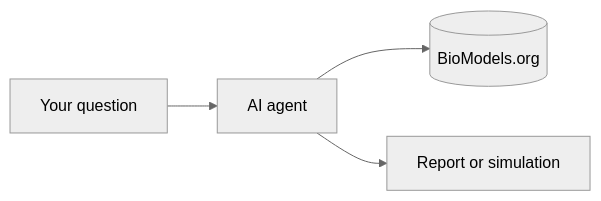
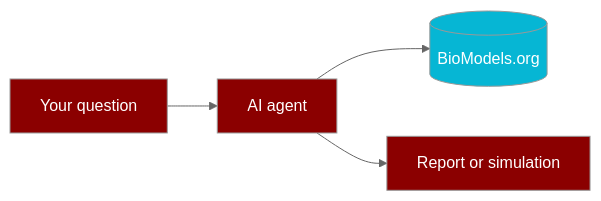
Before and after one commit to MervinPraison/PraisonAIBio: the diagram in docs/index.md, drawn with Mermaid (neutral theme). The commit also changed other lines of this file and 13 other files, not shown here.

````diff
--- a/docs/index.md
+++ b/docs/index.md
@@ -11,6 +75,11 @@
 ```mermaid
 graph LR
     Q[Your question] --> A[AI agent]
     A --> B[(BioModels.org)]
     A --> R[Report or simulation]
+
+    classDef agent fill:#8B0000,color:#fff
+    classDef tool fill:#06b6d4,color:#fff
+    class Q,A,R agent
+    class B tool
 ```
````
